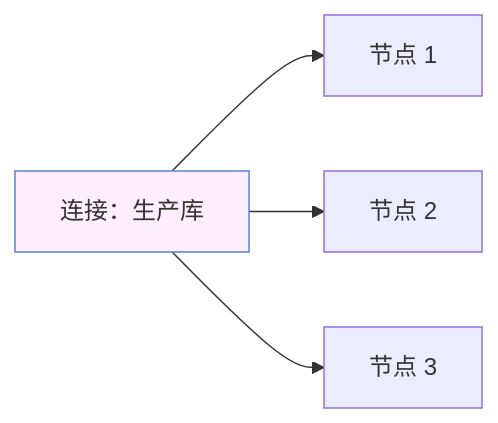
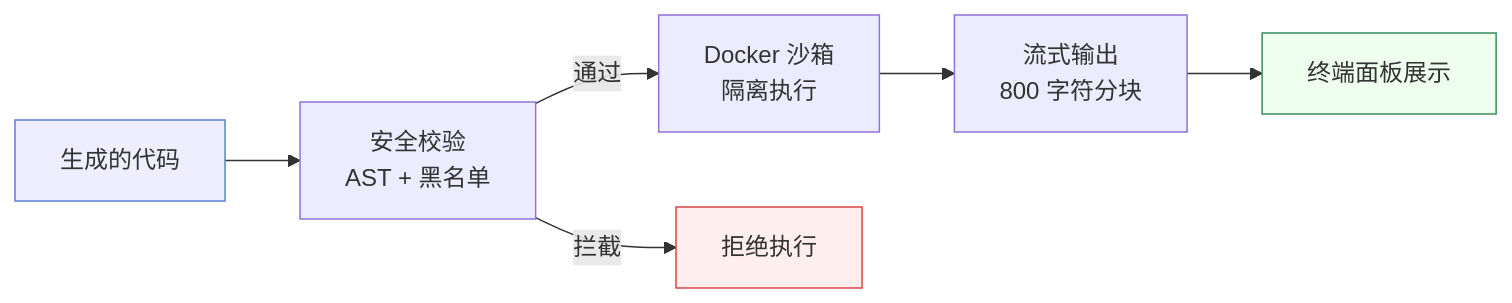
The fifth of 5 diagrams in sql-logic-docs/docs/constructure/concepts.md (shixia9/MustBeTheSQL), drawn with Mermaid before and after one commit. The commit also changed other lines of this file and 11 other files, not shown here.

````diff
--- a/sql-logic-docs/docs/constructure/concepts.md
+++ b/sql-logic-docs/docs/constructure/concepts.md
@@ -93,7 +122,11 @@
 ```mermaid
 flowchart LR
-  Conn["连接：生产库"] --> N1["节点 1"]
-  Conn --> N2["节点 2"]
-  Conn --> N3["节点 3"]
-  style Conn fill:#fef,stroke:#5b7fd9
+  Code["生成的代码"] --> Sec["安全校验<br/>AST + 黑名单"]
+  Sec -->|"通过"| Docker["Docker 沙箱<br/>隔离执行"]
+  Sec -->|"拦截"| Block["拒绝执行"]
+  Docker --> Output["流式输出<br/>800 字符分块"]
+  Output --> Terminal["终端面板展示"]
+  style Code fill:#eef,stroke:#5b7fd9
+  style Terminal fill:#efe,stroke:#3b8c5e
+  style Block fill:#fee,stroke:#d94545
 ```
````
